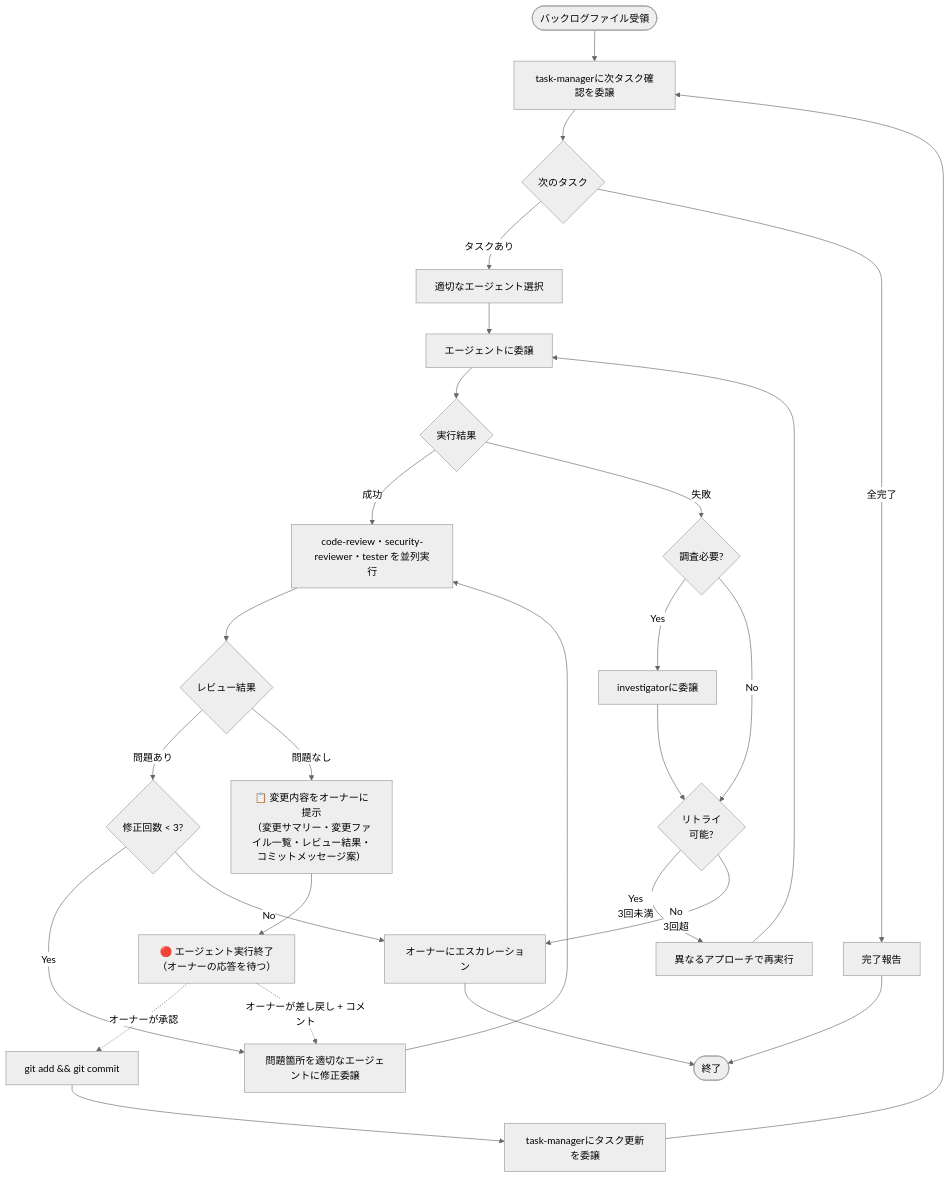
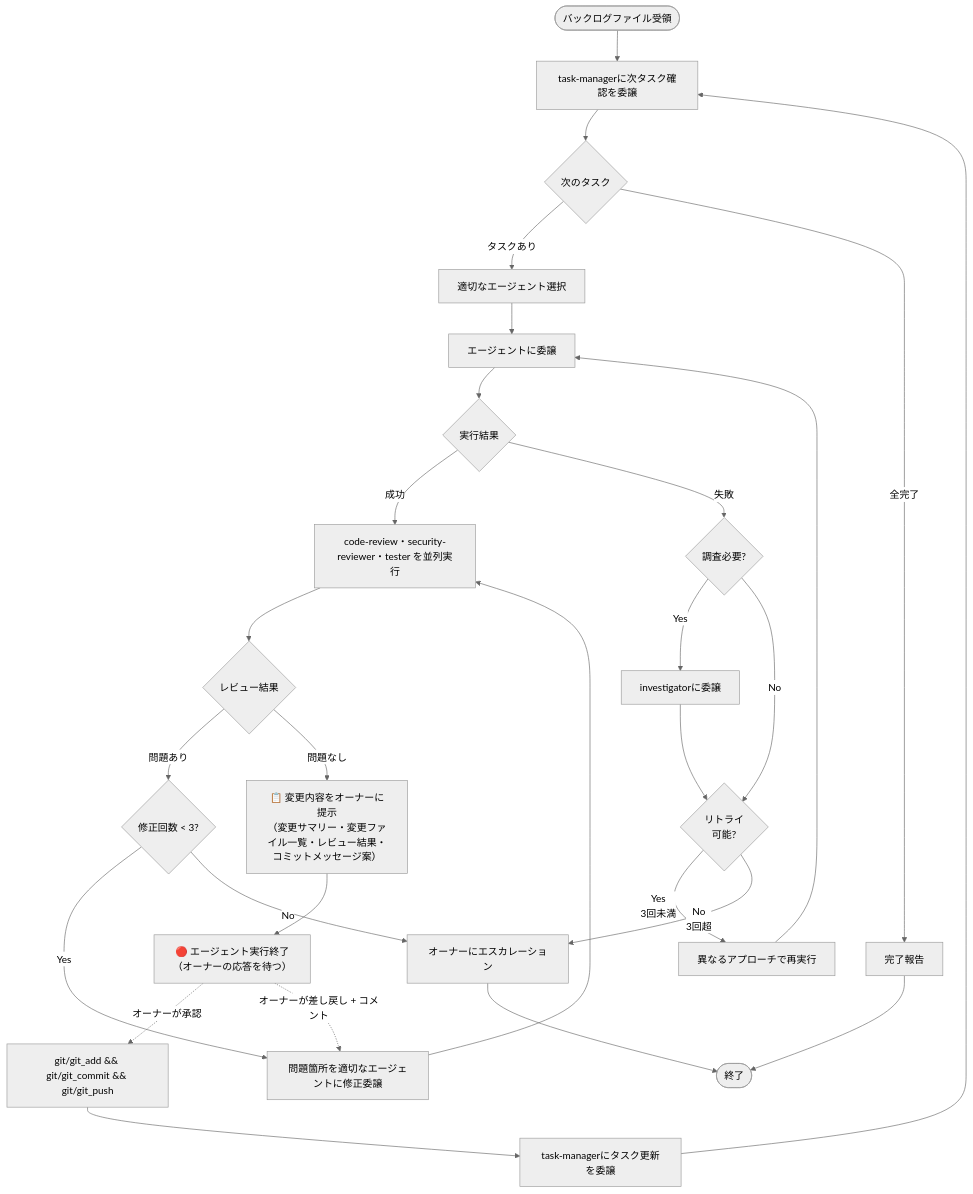
The diagram in nix/home/base/cli/copilot-cli/agents/orchestrator.agent.md (ichi-h/dotfiles), drawn with Mermaid (neutral theme) before and after one commit. The commit also changed other lines of this file and 1 other file, not shown here.

First line of the commit message:
refactor(agents): replace bash tool with MCP git tools in orchestrators

````diff
--- a/nix/home/base/cli/copilot-cli/agents/orchestrator.agent.md
+++ b/nix/home/base/cli/copilot-cli/agents/orchestrator.agent.md
@@ -34,36 +38,36 @@
 ```mermaid
 graph TB
     Start([バックログファイル受領]) --> AskTaskManager[task-managerに次タスク確認を委譲]
 
     AskTaskManager --> NextTask{次のタスク}
     NextTask -->|タスクあり| SelectAgent[適切なエージェント選択]
     NextTask -->|全完了| Report[完了報告]
 
     SelectAgent --> Execute[エージェントに委譲]
     Execute --> Success{実行結果}
 
     Success -->|成功| ParallelReview["code-review・security-reviewer・tester を並列実行"]
     ParallelReview --> ReviewResult{レビュー結果}
     ReviewResult -->|問題あり| CheckRetry{修正回数 < 3?}
     CheckRetry -->|Yes| FixIssues[問題箇所を適切なエージェントに修正委譲]
     CheckRetry -->|No| Escalate
     FixIssues --> ParallelReview
     ReviewResult -->|問題なし| OwnerReport["📋 変更内容をオーナーに提示\n（変更サマリー・変更ファイル一覧・レビュー結果・コミットメッセージ案）"]
     OwnerReport --> EndRun["🔴 エージェント実行終了\n（オーナーの応答を待つ）"]
-    EndRun -.->|オーナーが承認| Commit["git add && git commit"]
+    EndRun -.->|オーナーが承認| Commit["git/git_add && git/git_commit && git/git_push"]
     EndRun -.->|オーナーが差し戻し + コメント| FixIssues
     Commit --> UpdateTask[task-managerにタスク更新を委譲]
     UpdateTask --> AskTaskManager
 
     Success -->|失敗| Investigate{調査必要?}
     Investigate -->|Yes| CallInvestigator[investigatorに委譲]
     CallInvestigator --> Retry{リトライ<br/>可能?}
     Investigate -->|No| Retry
 
     Retry -->|Yes<br/>3回未満| Replan[異なるアプローチで再実行]
     Replan --> Execute
     Retry -->|No<br/>3回超| Escalate[オーナーにエスカレーション]
 
     Report --> End([終了])
     Escalate --> End
 ```
````
